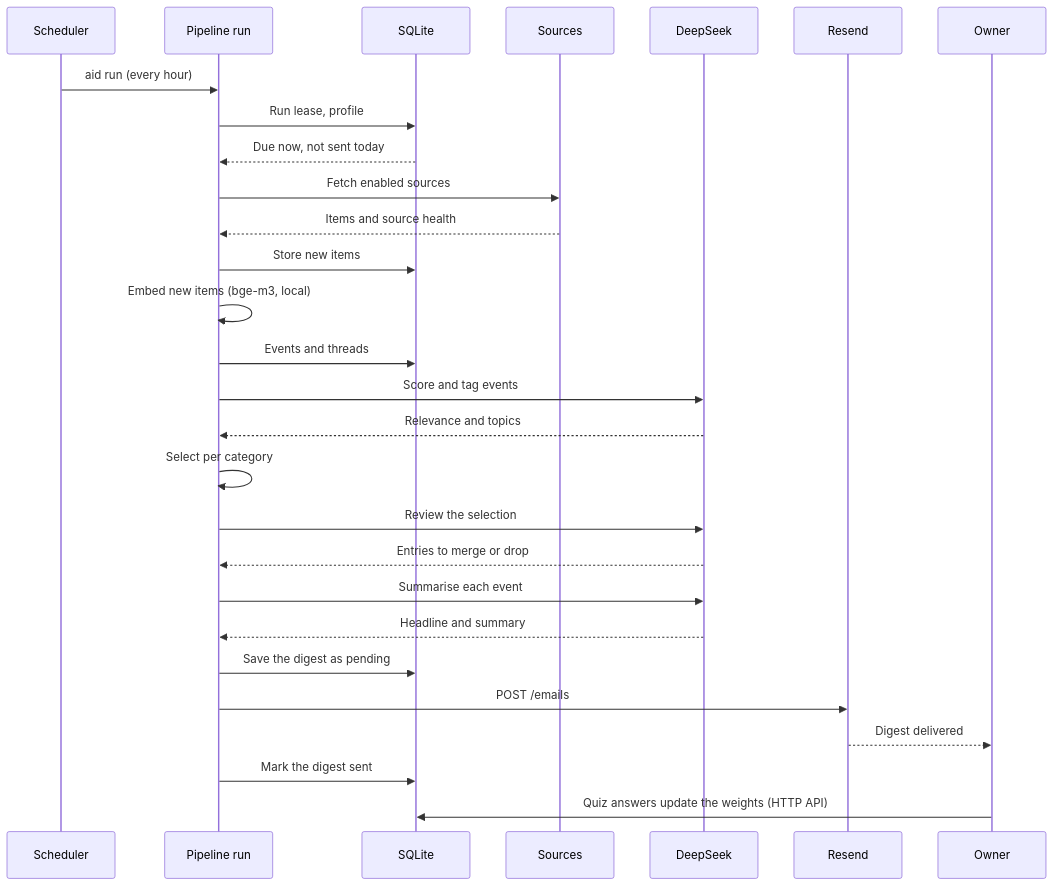
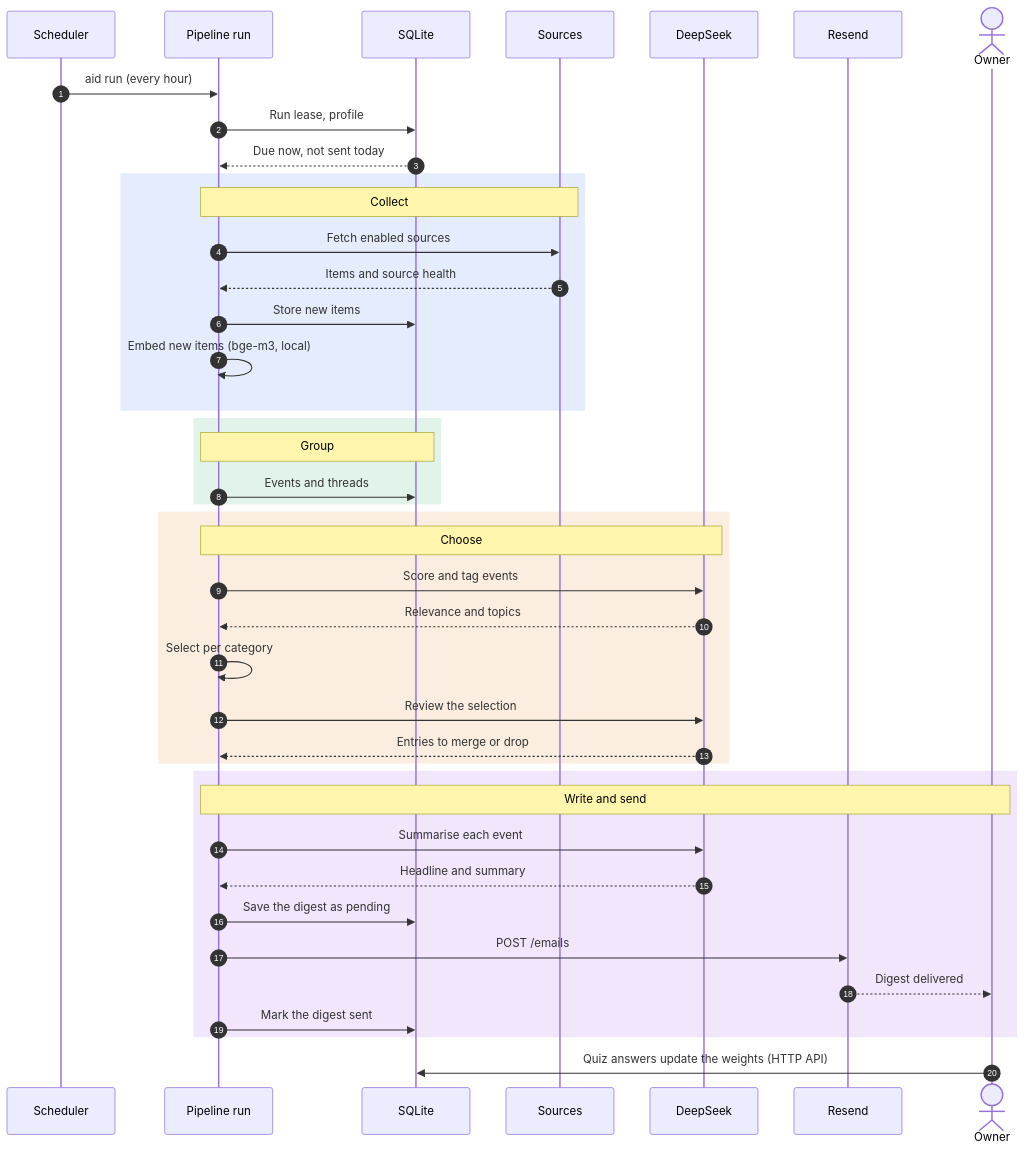
The second of 3 diagrams in README.md (ItisHuskie777/ai-infra-daily-server), drawn with Mermaid before and after one commit. The commit also changed other lines of this file, not shown here.

First line of the commit message:
docs: colour the architecture diagrams by role

````diff
--- a/README.md
+++ b/README.md
@@ -77,31 +92,49 @@
 ```mermaid
 sequenceDiagram
+    autonumber
     participant SCHED as Scheduler
     participant RUN as Pipeline run
     participant DB as SQLite
     participant SRC as Sources
     participant LLM as DeepSeek
     participant MAIL as Resend
-    participant OWNER as Owner
+    actor OWNER as Owner
 
     SCHED->>RUN: aid run (every hour)
     RUN->>DB: Run lease, profile
     DB-->>RUN: Due now, not sent today
-    RUN->>SRC: Fetch enabled sources
-    SRC-->>RUN: Items and source health
-    RUN->>DB: Store new items
-    RUN->>RUN: Embed new items (bge-m3, local)
-    RUN->>DB: Events and threads
-    RUN->>LLM: Score and tag events
-    LLM-->>RUN: Relevance and topics
-    RUN->>RUN: Select per category
-    RUN->>LLM: Review the selection
-    LLM-->>RUN: Entries to merge or drop
-    RUN->>LLM: Summarise each event
-    LLM-->>RUN: Headline and summary
-    RUN->>DB: Save the digest as pending
-    RUN->>MAIL: POST /emails
-    MAIL-->>OWNER: Digest delivered
-    RUN->>DB: Mark the digest sent
+
+    rect rgba(37, 99, 235, 0.12)
+        Note over RUN,SRC: Collect
+        RUN->>SRC: Fetch enabled sources
+        SRC-->>RUN: Items and source health
+        RUN->>DB: Store new items
+        RUN->>RUN: Embed new items (bge-m3, local)
+    end
+
+    rect rgba(22, 163, 74, 0.12)
+        Note over RUN,DB: Group
+        RUN->>DB: Events and threads
+    end
+
+    rect rgba(217, 119, 6, 0.12)
+        Note over RUN,LLM: Choose
+        RUN->>LLM: Score and tag events
+        LLM-->>RUN: Relevance and topics
+        RUN->>RUN: Select per category
+        RUN->>LLM: Review the selection
+        LLM-->>RUN: Entries to merge or drop
+    end
+
+    rect rgba(147, 51, 234, 0.12)
+        Note over RUN,OWNER: Write and send
+        RUN->>LLM: Summarise each event
+        LLM-->>RUN: Headline and summary
+        RUN->>DB: Save the digest as pending
+        RUN->>MAIL: POST /emails
+        MAIL-->>OWNER: Digest delivered
+        RUN->>DB: Mark the digest sent
+    end
+
     OWNER->>DB: Quiz answers update the weights (HTTP API)
 ```
````
